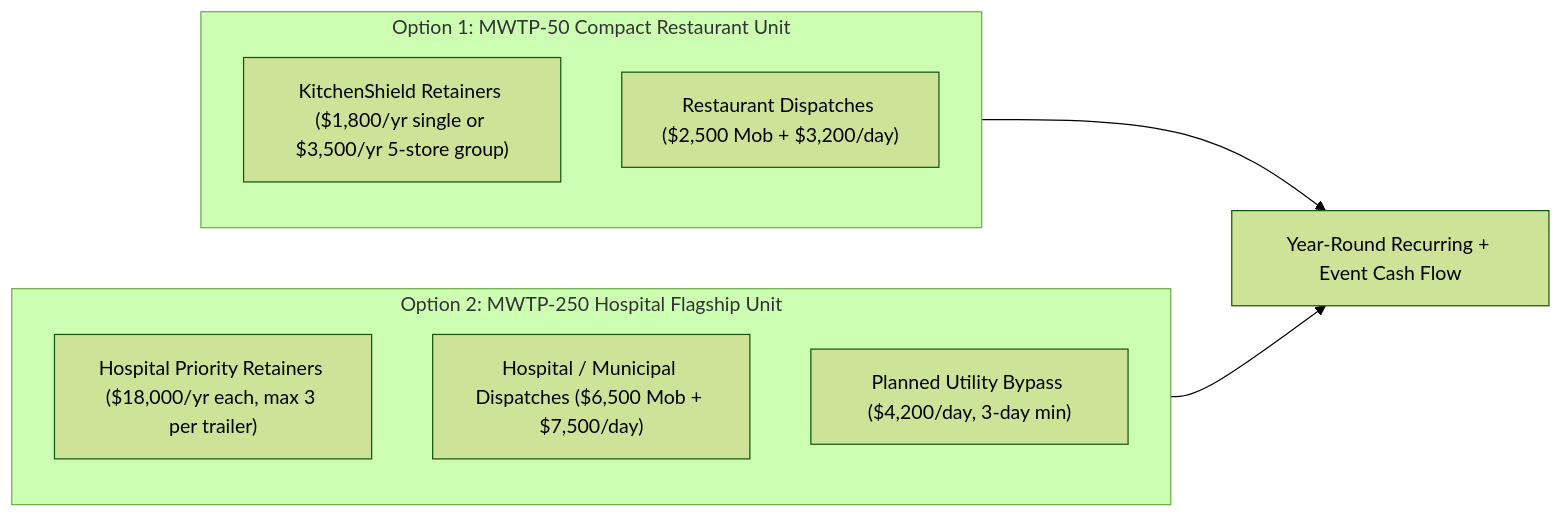
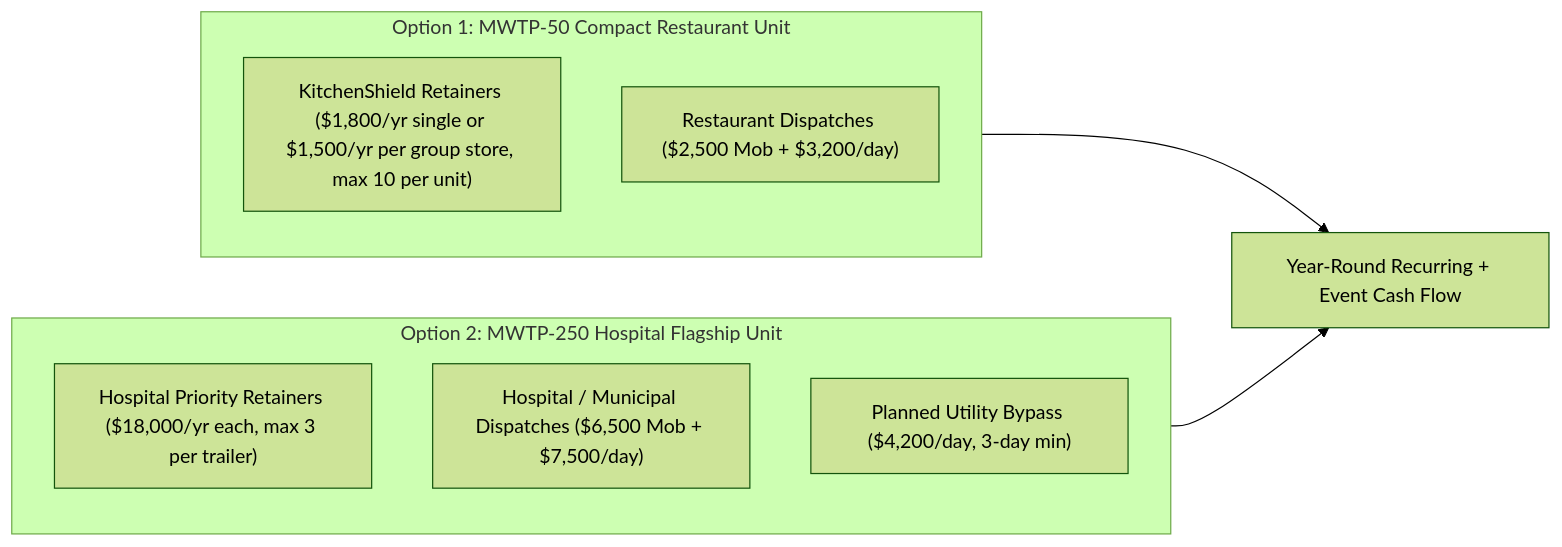
Before and after one commit to jefrix/ameripro: the diagram in mwt/MWTP_250_Bank_Loan_Business_Plan.md, drawn with Mermaid (forest theme). The commit also changed other lines of this file and 10 other files, not shown here.

````diff
--- a/mwt/MWTP_250_Bank_Loan_Business_Plan.md
+++ b/mwt/MWTP_250_Bank_Loan_Business_Plan.md
@@ -84,15 +84,15 @@
 ```mermaid
 flowchart LR
     subgraph M50["Option 1: MWTP-50 Compact Restaurant Unit"]
-        K_RET["KitchenShield Retainers ($1,800/yr single or $3,500/yr 5-store group)"]
+        K_RET["KitchenShield Retainers ($1,800/yr single or $1,500/yr per group store, max 10 per unit)"]
         K_DEP["Restaurant Dispatches ($2,500 Mob + $3,200/day)"]
     end
 
     subgraph M250["Option 2: MWTP-250 Hospital Flagship Unit"]
         H_RET["Hospital Priority Retainers ($18,000/yr each, max 3 per trailer)"]
         H_DEP["Hospital / Municipal Dispatches ($6,500 Mob + $7,500/day)"]
         PLANNED["Planned Utility Bypass ($4,200/day, 3-day min)"]
     end
 
     M50 & M250 --> CF["Year-Round Recurring + Event Cash Flow"]
 ```
````
